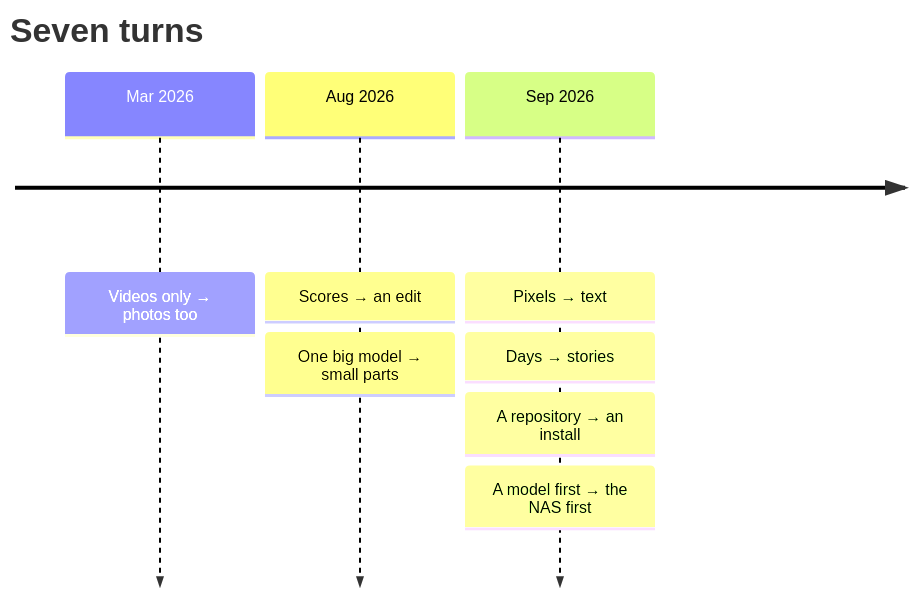
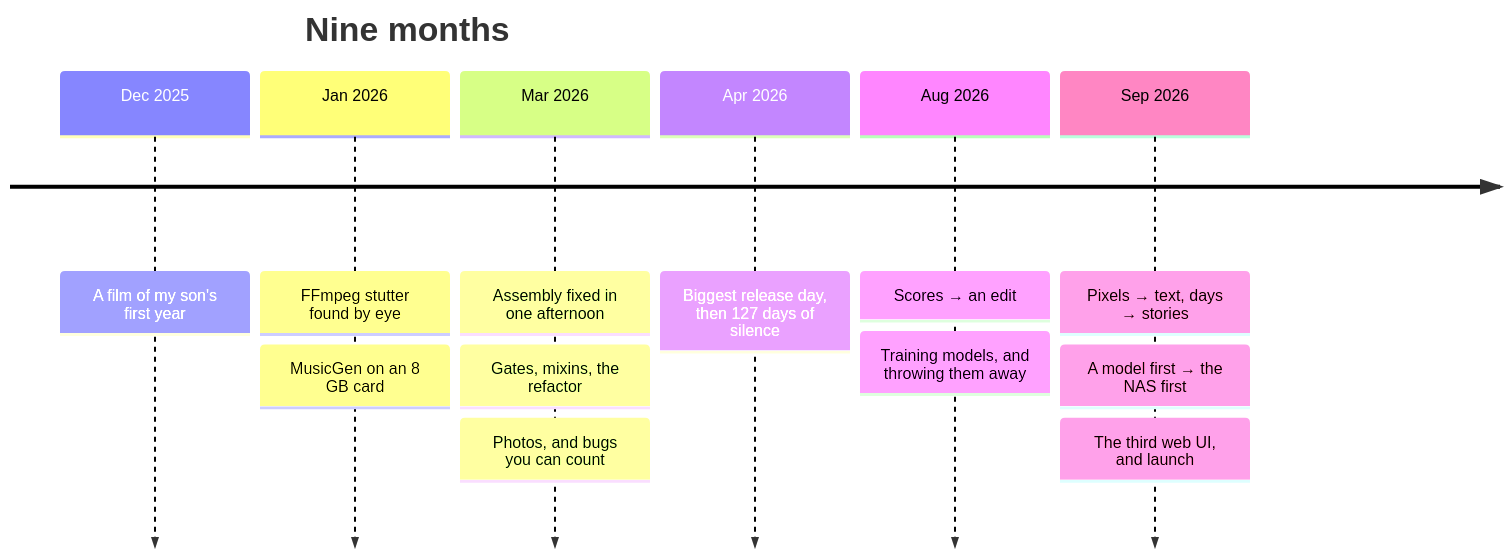
One commit to sam-dumont/immich-memories changed the diagram in docs-site/docs/welcome/how-this-was-built.md. Above: the diagram before and after it, drawn with Mermaid. The commit also changed other lines of this file, not shown here.

First line of the commit message:
docs(welcome): how this was built runs from December to launch day (#1509)

````diff
--- a/docs-site/docs/welcome/how-this-was-built.md
+++ b/docs-site/docs/welcome/how-this-was-built.md
@@ -96,11 +216,16 @@
 ```mermaid
 timeline
-  title Seven turns
-  Mar 2026 : Videos only → photos too
+  title Nine months
+  Dec 2025 : A film of my son's first year
+  Jan 2026 : FFmpeg stutter found by eye
+           : MusicGen on an 8 GB card
+  Mar 2026 : Assembly fixed in one afternoon
+           : Gates, mixins, the refactor
+           : Photos, and bugs you can count
+  Apr 2026 : Biggest release day, then 127 days of silence
   Aug 2026 : Scores → an edit
-           : One big model → small parts
-  Sep 2026 : Pixels → text
-           : Days → stories
-           : A repository → an install
+           : Training models, and throwing them away
+  Sep 2026 : Pixels → text, days → stories
            : A model first → the NAS first
+           : The third web UI, and launch
 ```
````
